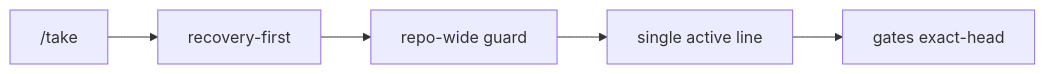
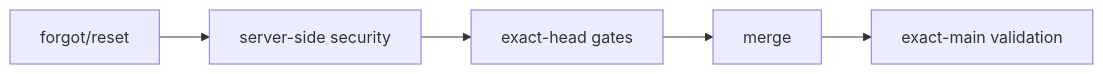
One commit to pl0n3r/brvtal changed the diagram in README.md. Above: the diagram before and after it, drawn with Mermaid. The commit also changed other lines of this file and 36 other files, not shown here.

````diff
--- a/README.md
+++ b/README.md
@@ -43,7 +43,7 @@
 ```mermaid
 flowchart LR
-  T["/take"] --> R["recovery-first"]
-  R --> G["repo-wide guard"]
-  G --> L["single active line"]
-  L --> V["gates exact-head"]
+  R["forgot/reset"] --> O["server-side security"]
+  O --> G["exact-head gates"]
+  G --> M["merge"]
+  M --> P["exact-main validation"]
 ```
````
